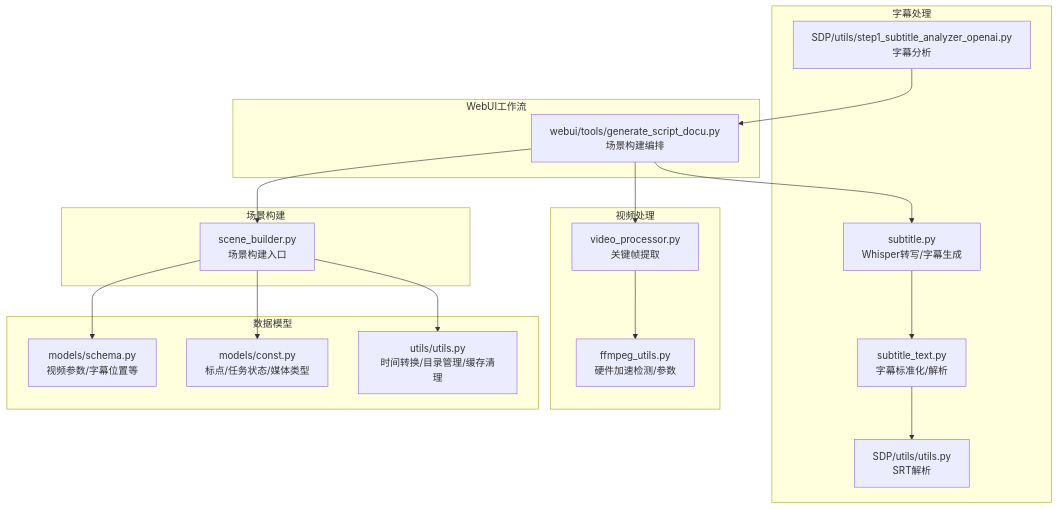
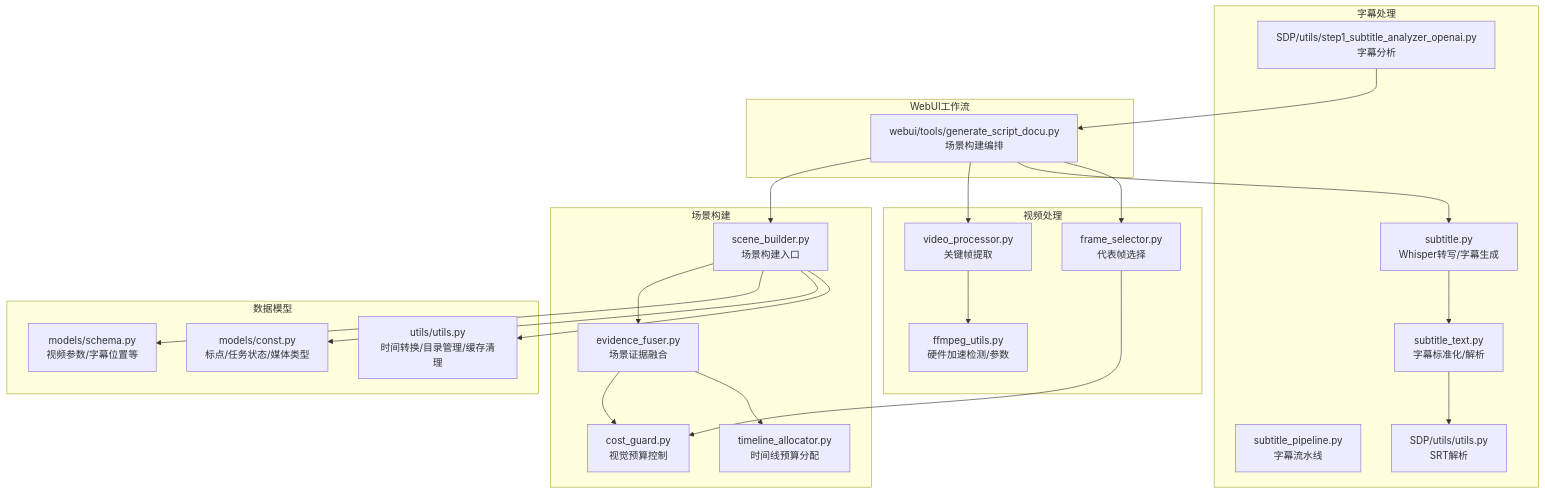
One commit to wowoduang/AIVideoClaude changed the first of 10 diagrams in .qoder/repowiki/zh/content/核心功能/视频处理服务/场景构建器.md. Above: the diagram before and after it, drawn with Mermaid. The commit also changed other lines of this file and 26 other files, not shown here.

````diff
--- a/.qoder/repowiki/zh/content/核心功能/视频处理服务/场景构建器.md
+++ b/.qoder/repowiki/zh/content/核心功能/视频处理服务/场景构建器.md
@@ -36,34 +52,44 @@
 ```mermaid
 graph TB
 subgraph "场景构建"
 SB["scene_builder.py<br/>场景构建入口"]
+EF["evidence_fuser.py<br/>场景证据融合"]
+CG["cost_guard.py<br/>视觉预算控制"]
+TA["timeline_allocator.py<br/>时间线预算分配"]
 end
 subgraph "视频处理"
 VP["video_processor.py<br/>关键帧提取"]
 FU["ffmpeg_utils.py<br/>硬件加速检测/参数"]
+FS["frame_selector.py<br/>代表帧选择"]
 end
 subgraph "字幕处理"
 ST["subtitle.py<br/>Whisper转写/字幕生成"]
-STT["subtitle_text.py<br/>字幕标准化/解析"]
+STN["subtitle_text.py<br/>字幕标准化/解析"]
+STP["subtitle_pipeline.py<br/>字幕流水线"]
 SDPUTIL["SDP/utils/utils.py<br/>SRT解析"]
 SDPANALYZE["SDP/utils/step1_subtitle_analyzer_openai.py<br/>字幕分析"]
 end
 subgraph "WebUI工作流"
 WTOOL["webui/tools/generate_script_docu.py<br/>场景构建编排"]
 end
 subgraph "数据模型"
 SCHEMA["models/schema.py<br/>视频参数/字幕位置等"]
 CONST["models/const.py<br/>标点/任务状态/媒体类型"]
 UUTILS["utils/utils.py<br/>时间转换/目录管理/缓存清理"]
 end
 WTOOL --> SB
 WTOOL --> VP
 VP --> FU
 WTOOL --> ST
-ST --> STT
-STT --> SDPUTIL
+ST --> STN
+STN --> SDPUTIL
 SDPANALYZE --> WTOOL
+SB --> EF
+EF --> CG
+EF --> TA
+FS --> CG
+WTOOL --> FS
 SB --> SCHEMA
 SB --> CONST
 SB --> UUTILS
 ```
````
